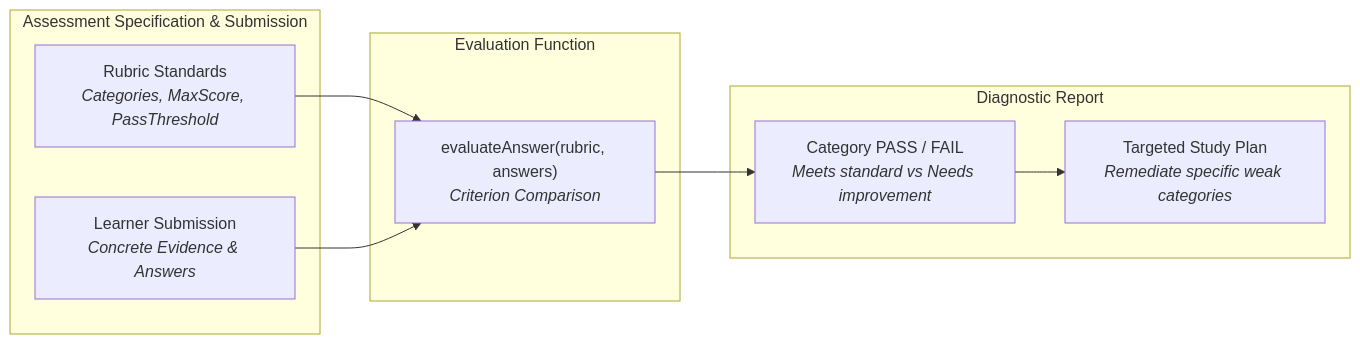
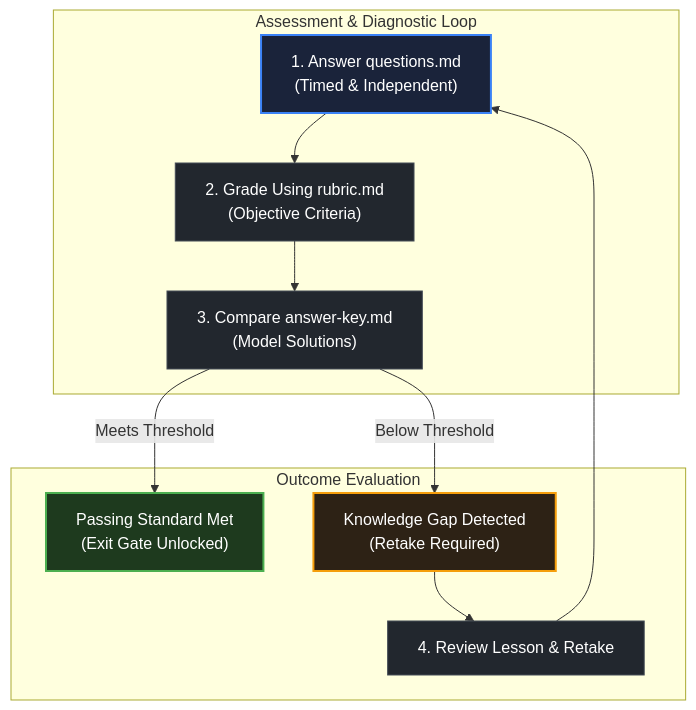
Before and after one commit to swe-labs/the-go-engineer: the diagram in curriculum/modules/00-orientation/lessons/06-how-assessments-work/README.md, drawn with Mermaid. The commit also changed other lines of this file and 42 other files, not shown here.

````diff
--- a/curriculum/modules/00-orientation/lessons/06-how-assessments-work/README.md
+++ b/curriculum/modules/00-orientation/lessons/06-how-assessments-work/README.md
@@ -27,25 +33,24 @@
 ```mermaid
-flowchart LR
+flowchart TD
     classDef frontDoor fill:#1a233a,stroke:#3b82f6,stroke-width:2px,color:#ffffff;
     classDef exitGate fill:#1e3a1e,stroke:#4caf50,stroke-width:2px,color:#ffffff;
     classDef standardNode fill:#22272e,stroke:#444c56,stroke-width:1px,color:#ffffff;
     classDef capstoneNode fill:#2d2215,stroke:#f59e0b,stroke-width:2px,color:#ffffff;
-    subgraph Inputs ["Assessment Specification & Submission"]
-        R["Rubric Standards<br/><i>Categories, MaxScore, PassThreshold</i>"]
-        A["Learner Submission<br/><i>Concrete Evidence & Answers</i>"]
+
+    subgraph AssessmentFlow ["Assessment & Diagnostic Loop"]
+        Q["1. Answer questions.md<br/>(Timed & Independent)"]:::frontDoor
+        R["2. Grade Using rubric.md<br/>(Objective Criteria)"]:::standardNode
+        K["3. Compare answer-key.md<br/>(Model Solutions)"]:::standardNode
+        Q --> R --> K
     end
 
-    subgraph Engine ["Evaluation Function"]
-        E["evaluateAnswer(rubric, answers)<br/><i>Criterion Comparison</i>"]
+    subgraph Outcomes ["Outcome Evaluation"]
+        PASS["Passing Standard Met<br/>(Exit Gate Unlocked)"]:::exitGate
+        GAP["Knowledge Gap Detected<br/>(Retake Required)"]:::capstoneNode
+        REV["4. Review Lesson & Retake"]:::standardNode
+
+        K -->|Meets Threshold| PASS
+        K -->|Below Threshold| GAP
+        GAP --> REV --> Q
     end
-
-    subgraph Feedback ["Diagnostic Report"]
-        P["Category PASS / FAIL<br/><i>Meets standard vs Needs improvement</i>"]
-        T["Targeted Study Plan<br/><i>Remediate specific weak categories</i>"]
-    end
-
-    R --> E
-    A --> E
-    E --> P
-    P --> T
 ```
````
